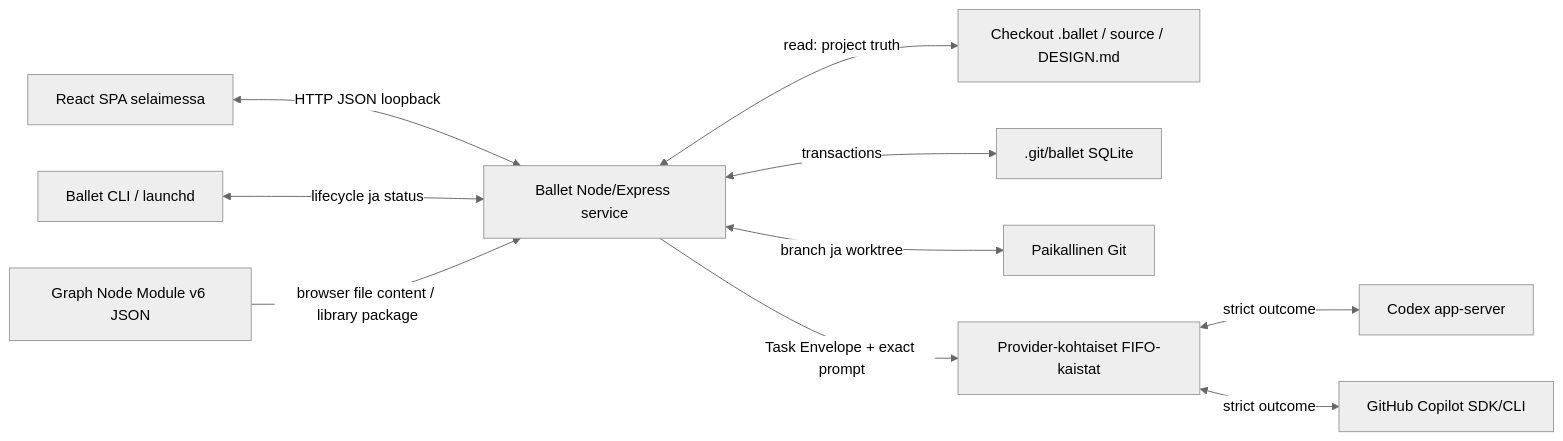
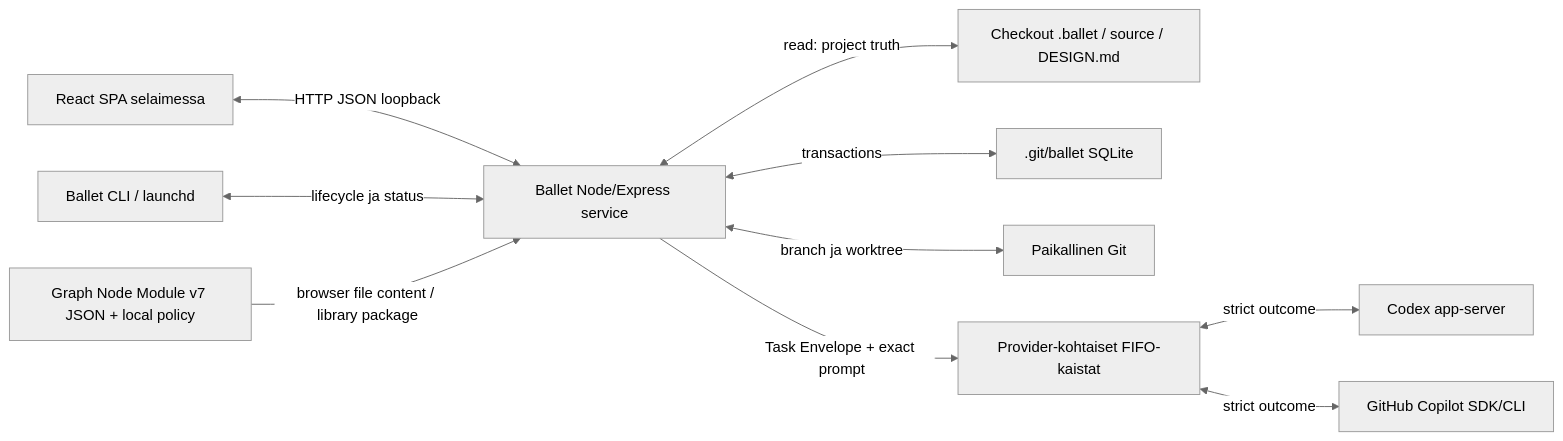
One commit to isinisalo/ballet changed the second of 2 diagrams in .ballet/arc42/03-context-and-scope.md. Above: the diagram before and after it, drawn with Mermaid (neutral theme). The commit also changed other lines of this file and 113 other files, not shown here.

````diff
--- a/.ballet/arc42/03-context-and-scope.md
+++ b/.ballet/arc42/03-context-and-scope.md
@@ -50,12 +50,12 @@
 ```mermaid
 flowchart LR
   browser["React SPA selaimessa"] <-->|"HTTP JSON loopback"| api["Ballet Node/Express service"]
   cli["Ballet CLI / launchd"] <-->|"lifecycle ja status"| api
   api <-->|"read: project truth"| repo["Checkout .ballet / source / DESIGN.md"]
   api <-->|"transactions"| sqlite[".git/ballet SQLite"]
   api <-->|"branch ja worktree"| git["Paikallinen Git"]
   api -->|"Task Envelope + exact prompt"| lanes["Provider-kohtaiset FIFO-kaistat"]
   lanes <-->|"strict outcome"| codex["Codex app-server"]
   lanes <-->|"strict outcome"| copilot["GitHub Copilot SDK/CLI"]
-  package["Graph Node Module v6 JSON"] -->|"browser file content / library package"| api
+  package["Graph Node Module v7 JSON + local policy"] -->|"browser file content / library package"| api
 ```
````
